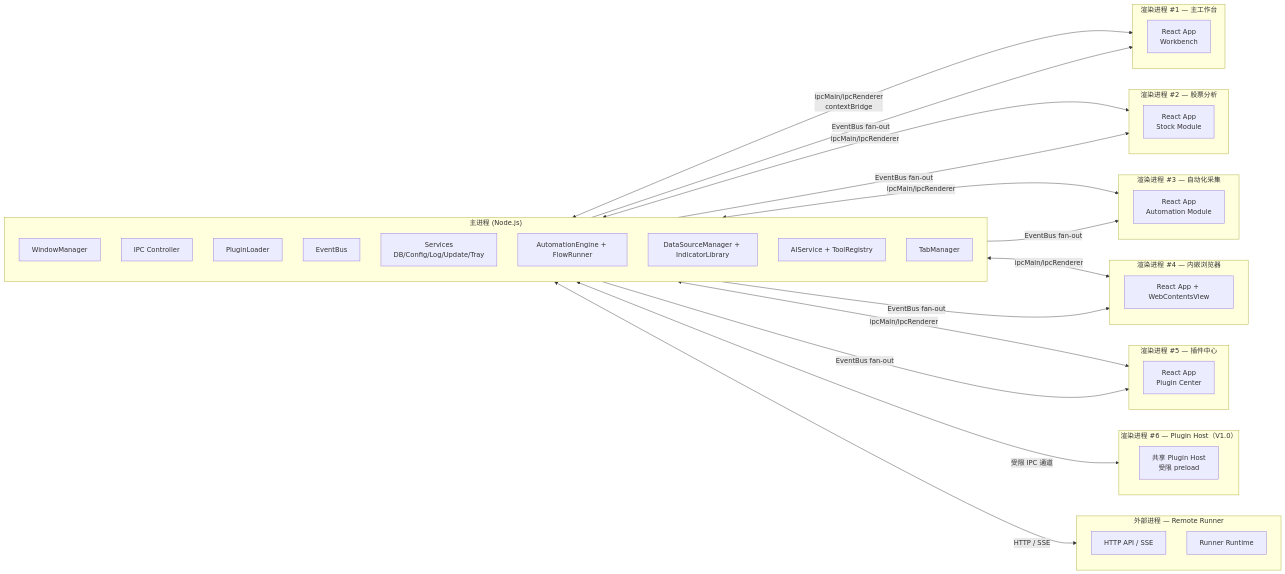
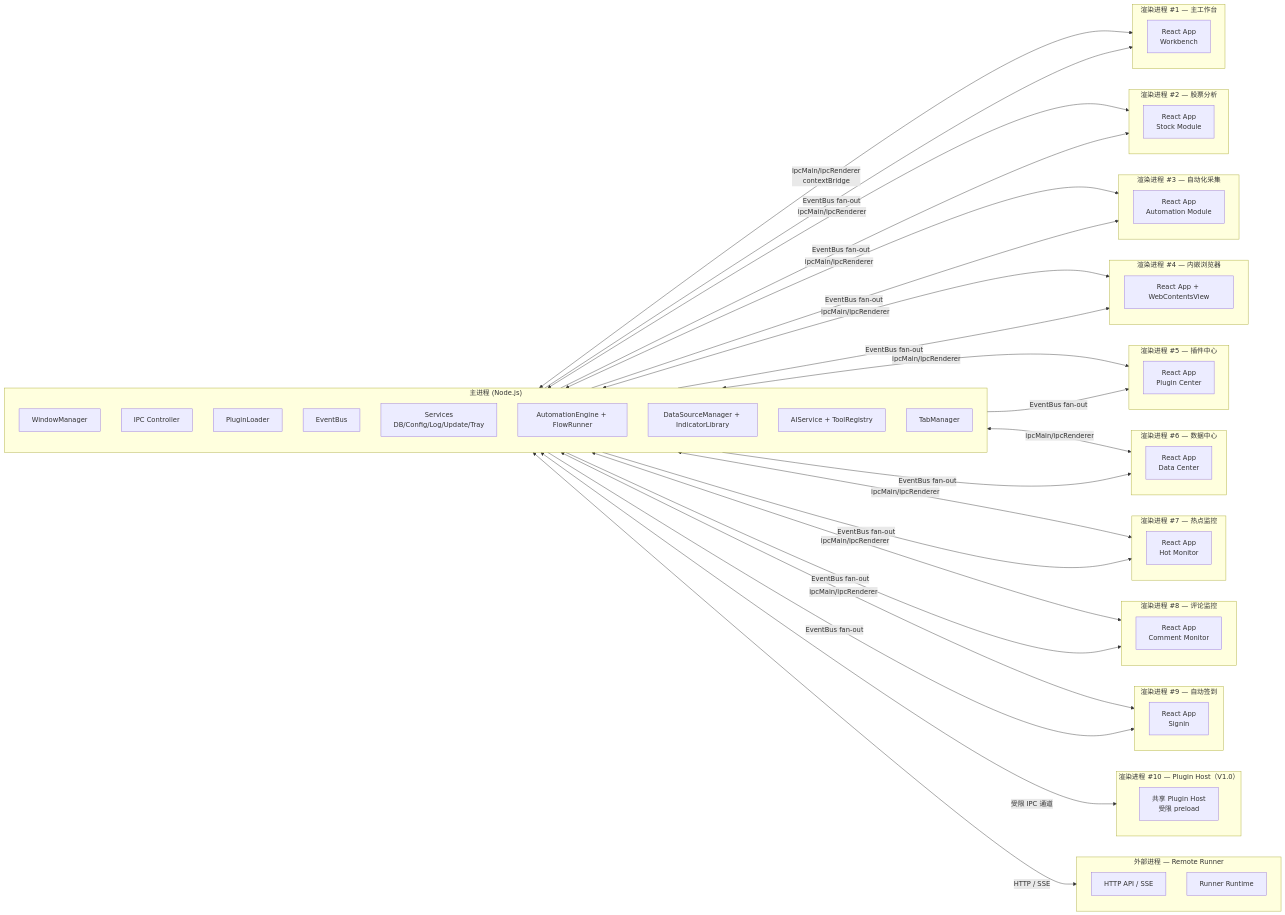
The second of 10 diagrams in docs/architecture/architecture.md (Oracle0703/yclaw), drawn with Mermaid before and after one commit. The commit also changed other lines of this file and 8 other files, not shown here.

Commit message:
docs: add monitor and signin specs

````diff
--- a/docs/architecture/architecture.md
+++ b/docs/architecture/architecture.md
@@ -170,7 +174,23 @@
         R5[React App<br/>Plugin Center]
     end
 
-    subgraph PluginProcess["渲染进程 #6 — Plugin Host（V1.0）"]
+    subgraph RendererProcess6["渲染进程 #6 — 数据中心"]
+        R6[React App<br/>Data Center]
+    end
+
+    subgraph RendererProcess7["渲染进程 #7 — 热点监控"]
+        R7[React App<br/>Hot Monitor]
+    end
+
+    subgraph RendererProcess8["渲染进程 #8 — 评论监控"]
+        R8[React App<br/>Comment Monitor]
+    end
+
+    subgraph RendererProcess9["渲染进程 #9 — 自动签到"]
+        R9[React App<br/>Signin]
+    end
+
+    subgraph PluginProcess["渲染进程 #10 — Plugin Host（V1.0）"]
         P1[共享 Plugin Host<br/>受限 preload]
     end
 
@@ -185,6 +205,10 @@
     MainProcess <-->|"ipcMain/ipcRenderer"| RendererProcess3
     MainProcess <-->|"ipcMain/ipcRenderer"| RendererProcess4
     MainProcess <-->|"ipcMain/ipcRenderer"| RendererProcess5
+    MainProcess <-->|"ipcMain/ipcRenderer"| RendererProcess6
+    MainProcess <-->|"ipcMain/ipcRenderer"| RendererProcess7
+    MainProcess <-->|"ipcMain/ipcRenderer"| RendererProcess8
+    MainProcess <-->|"ipcMain/ipcRenderer"| RendererProcess9
     MainProcess <-->|"受限 IPC 通道"| PluginProcess
     MainProcess <-->|"HTTP / SSE"| RemoteRunnerProcess
 
@@ -194,4 +218,8 @@
     MainProcess -->|"EventBus fan-out"| RendererProcess3
     MainProcess -->|"EventBus fan-out"| RendererProcess4
     MainProcess -->|"EventBus fan-out"| RendererProcess5
+    MainProcess -->|"EventBus fan-out"| RendererProcess6
+    MainProcess -->|"EventBus fan-out"| RendererProcess7
+    MainProcess -->|"EventBus fan-out"| RendererProcess8
+    MainProcess -->|"EventBus fan-out"| RendererProcess9
 ```
````
